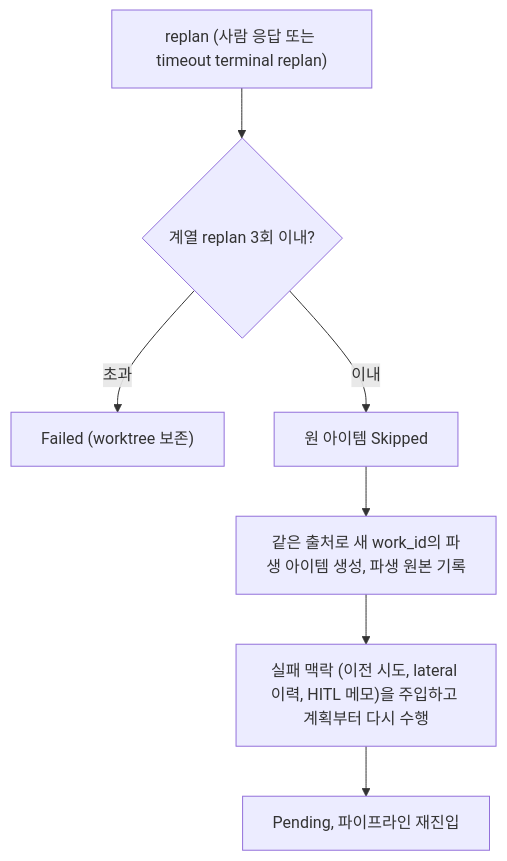
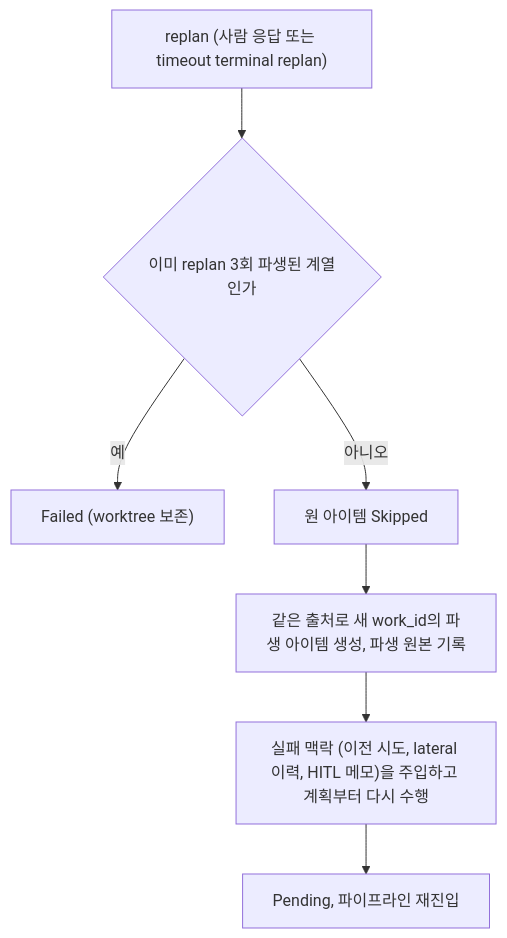
One commit to kys0213/belt changed the fourth of 8 diagrams in spec/flows/04-failure-and-hitl.md. Above: the diagram before and after it, drawn with Mermaid. The commit also changed other lines of this file and 7 other files, not shown here.

````diff
--- a/spec/flows/04-failure-and-hitl.md
+++ b/spec/flows/04-failure-and-hitl.md
@@ -223,9 +223,9 @@
 ```mermaid
 flowchart TD
-    R["replan (사람 응답 또는 timeout terminal replan)"] --> C{"계열 replan 3회 이내?"}
-    C -- "초과" --> X["Failed (worktree 보존)"]
-    C -- "이내" --> S["원 아이템 Skipped"]
+    R["replan (사람 응답 또는 timeout terminal replan)"] --> C{"이미 replan 3회 파생된 계열인가"}
+    C -- "예" --> X["Failed (worktree 보존)"]
+    C -- "아니오" --> S["원 아이템 Skipped"]
     S --> N["같은 출처로 새 work_id의 파생 아이템 생성, 파생 원본 기록"]
     N --> I["실패 맥락 (이전 시도, lateral 이력, HITL 메모)을 주입하고 계획부터 다시 수행"]
     I --> P["Pending, 파이프라인 재진입"]
 ```
````
